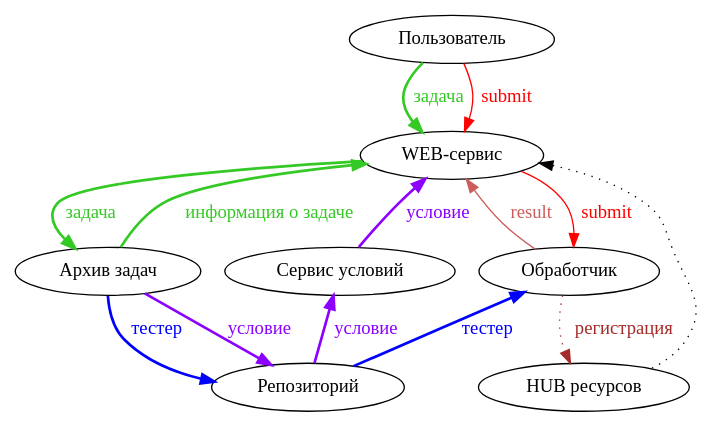
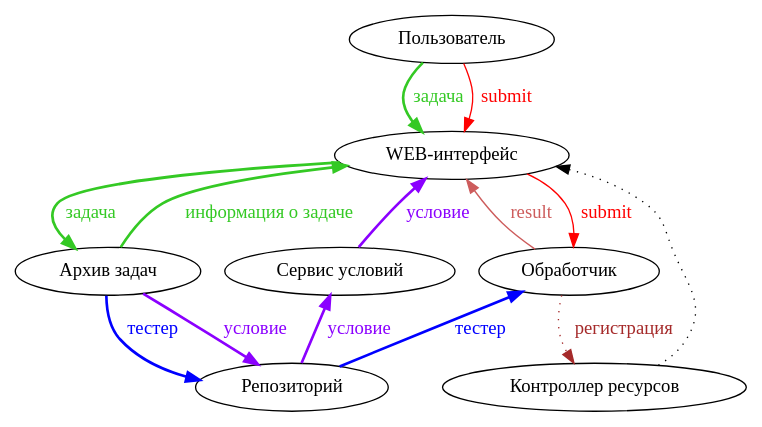
The diagram in systemdesign.dot (sarum9in/diploma_thesis), drawn with Graphviz before and after one commit. The commit also changed 1 other file, not shown here.

```diff
--- a/systemdesign.dot
+++ b/systemdesign.dot
@@ -1,65 +1,65 @@
 digraph arch
 {
     // users
     {
         user[label="Пользователь"];
         //admin[label="Администратор"];
     }
     // frontend
     {
-        web[label="WEB-сервис"];
+        web[label="WEB-интерфейс"];
         //adminka[label="АдминКа"];
     }
     // backend
     {
         archive[label="Архив задач"];
         repository[label="Репозиторий"];
-        dcs[label="HUB ресурсов"];
+        dcs[label="Контроллер ресурсов"];
         worker[label="Обработчик"];
         statement_provider[label="Сервис условий"];
     }
     // repository
     {
         edge[style=bold];
         // repository get data
         {
             edge[dir=back];
             worker->repository[color="blue",fontcolor="blue",label="тестер"];
             {
                 edge[color="#8b00ff",fontcolor="#8b00ff",label="условие"];
                 web->statement_provider;
                 statement_provider->repository;
             }
         }
         // repository put data
         {
             archive->repository[color="blue",fontcolor="blue",label="тестер"];
             archive->repository[color="#8b00ff",fontcolor="#8b00ff",label="условие"];
         }
     }
     // problem upload flow
     {
         edge[style=bold,label="задача"];
         {
             edge[color="#34c924",fontcolor="#34c924"];
             user->web;
             web->archive;
             //admin->adminka;
             //adminka->archive;
             web->archive[dir=back,label="информация о задаче"];
         }
     }
     // submit flow
     {
         edge[color="red",fontcolor="red",label="submit"];
         user->web;
         web->worker;
         web->worker[dir=back,color="#cd5c5c",fontcolor="#cd5c5c",label="result"];
     }
     // auxiliary requests
     {
         edge[style=dotted];
         web->dcs[dir=back];//,color="sienna",fontcolor="sienna",label="URL"];
         worker->dcs[color="brown",fontcolor="brown",label="регистрация"];
     }
 }
```
